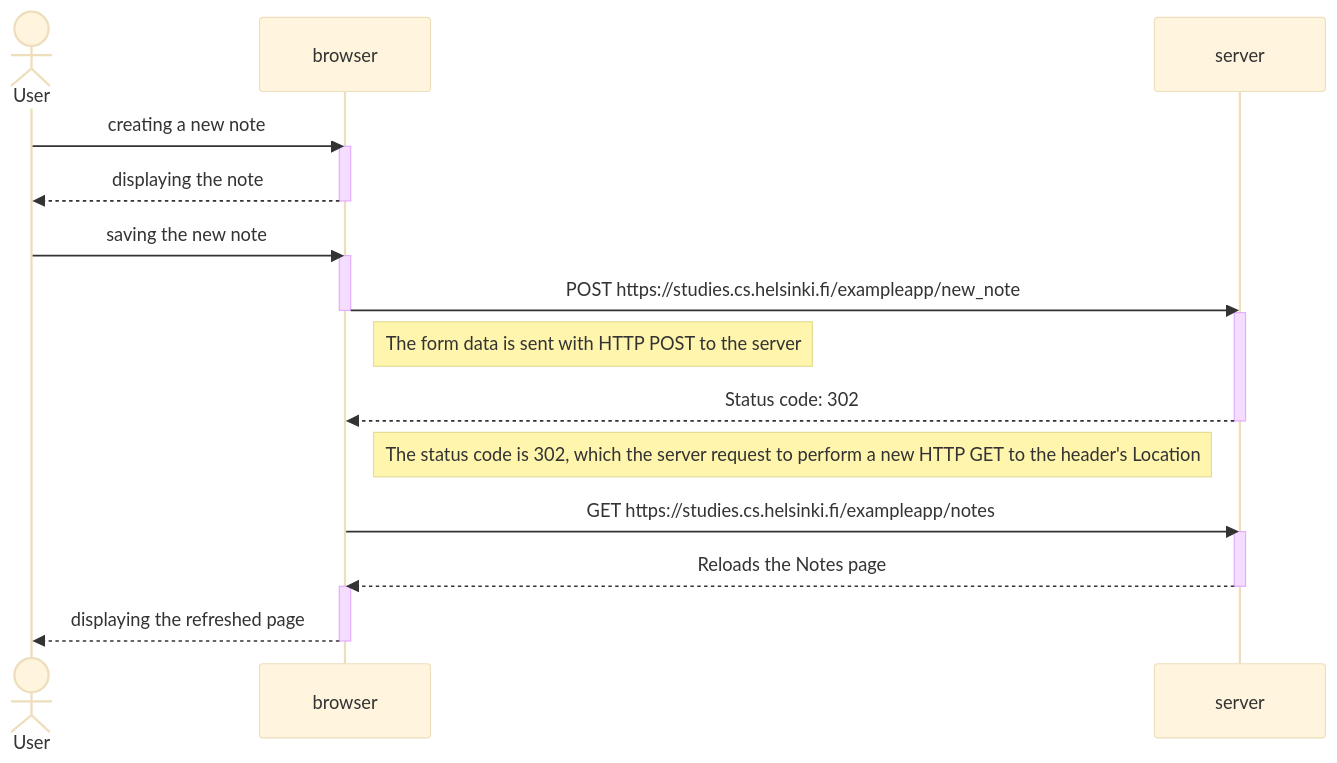
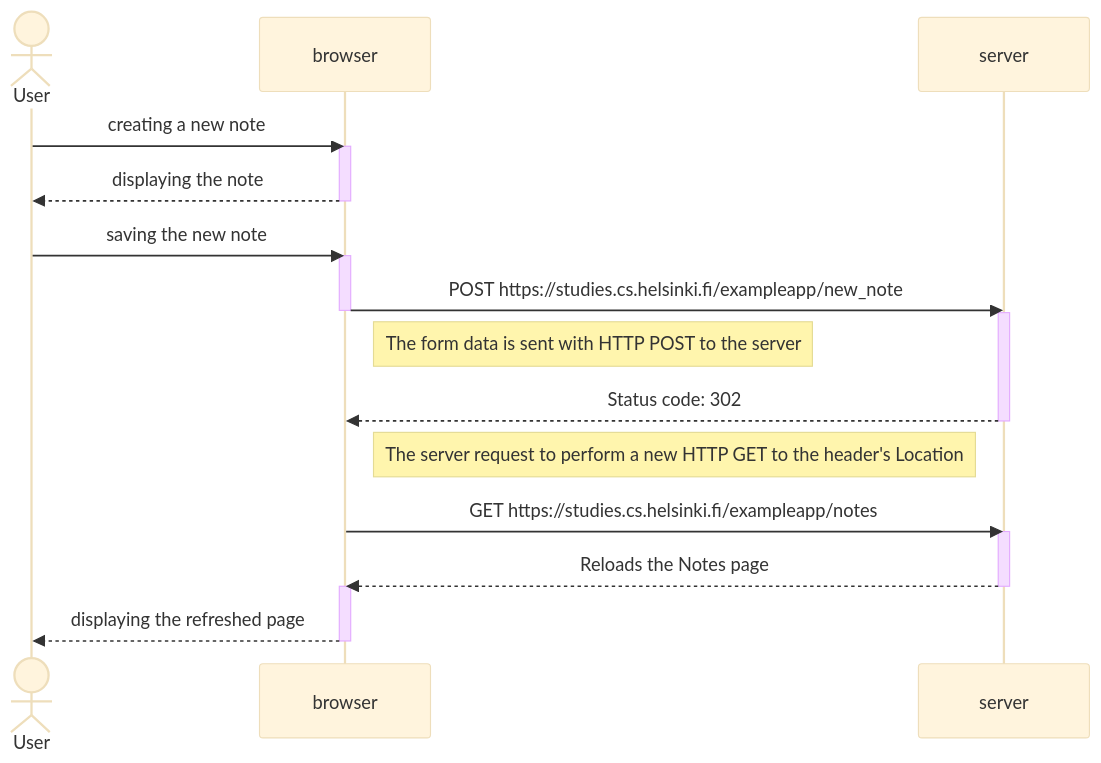
The first of 3 diagrams in README.md (lumuellelumelay/full_stack_open), drawn with Mermaid (base theme) before and after one commit. The commit also changed other lines of this file, not shown here.

````diff
--- a/README.md
+++ b/README.md
@@ -4,33 +4,33 @@
 ```mermaid
 sequenceDiagram
     actor User
     participant browser
     participant server
 
     User->>browser: creating a new note
     activate browser
     browser-->>User: displaying the note
     deactivate browser
 
     User->>browser: saving the new note
     activate browser
     browser->>server: POST https://studies.cs.helsinki.fi/exampleapp/new_note
     deactivate browser
 
     activate server
     Note right of browser: The form data is sent with HTTP POST to the server
 
     server-->>browser: Status code: 302
     deactivate server
 
-    Note right of browser: The status code is 302, which the server request to perform a new HTTP GET to the header's Location
+    Note right of browser: The server request to perform a new HTTP GET to the header's Location
     browser->>server: GET https://studies.cs.helsinki.fi/exampleapp/notes
 
     activate server
     server-->>browser: Reloads the Notes page
     deactivate server
 
     activate browser
     browser-->>User: displaying the refreshed page
     deactivate browser
 ```
````
